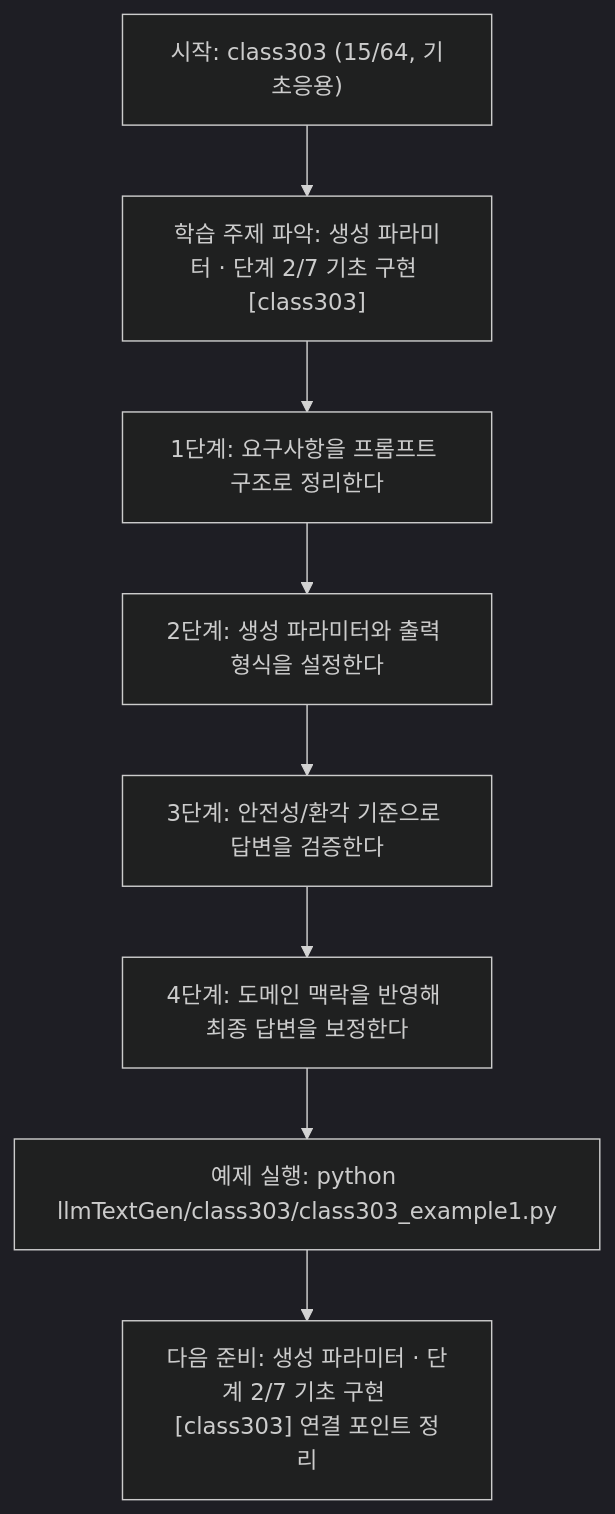
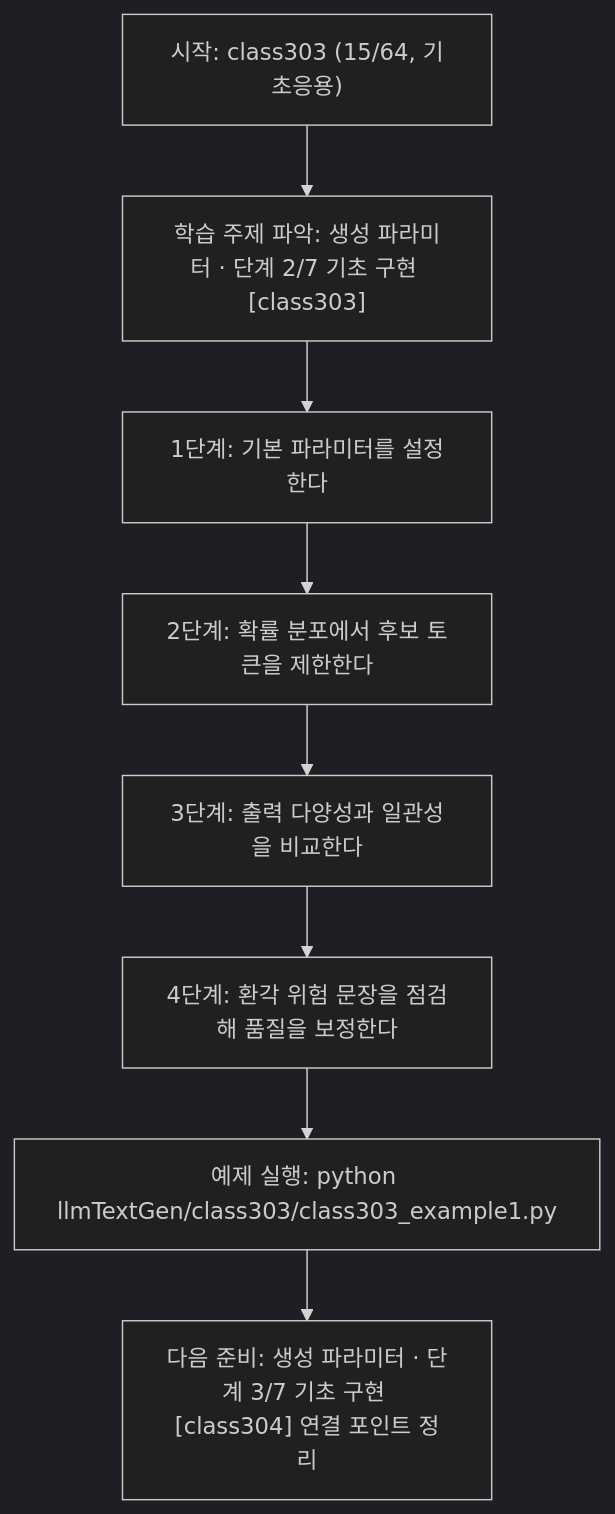
One commit to edumgt/Python-AI_Agent-Class changed the diagram in llmTextGen/class303/class303.md. Above: the diagram before and after it, drawn with Mermaid (dark theme). The commit also changed other lines of this file and 451 other files, not shown here.

````diff
--- a/llmTextGen/class303/class303.md
+++ b/llmTextGen/class303/class303.md
@@ -113,18 +95,18 @@
 ```mermaid
 flowchart TD
 N1["시작: class303 (15/64, 기초응용)"]
 N2["학습 주제 파악: 생성 파라미터 · 단계 2/7 기초 구현 [class303]"]
-N3["1단계: 요구사항을 프롬프트 구조로 정리한다"]
-N4["2단계: 생성 파라미터와 출력 형식을 설정한다"]
-N5["3단계: 안전성/환각 기준으로 답변을 검증한다"]
-N6["4단계: 도메인 맥락을 반영해 최종 답변을 보정한다"]
+N3["1단계: 기본 파라미터를 설정한다"]
+N4["2단계: 확률 분포에서 후보 토큰을 제한한다"]
+N5["3단계: 출력 다양성과 일관성을 비교한다"]
+N6["4단계: 환각 위험 문장을 점검해 품질을 보정한다"]
 N7["예제 실행: python llmTextGen/class303/class303_example1.py"]
-N8["다음 준비: 생성 파라미터 · 단계 2/7 기초 구현 [class303] 연결 포인트 정리"]
+N8["다음 준비: 생성 파라미터 · 단계 3/7 기초 구현 [class304] 연결 포인트 정리"]
 N1 --> N2
 N2 --> N3
 N3 --> N4
 N4 --> N5
 N5 --> N6
 N6 --> N7
 N7 --> N8
 ```
````
